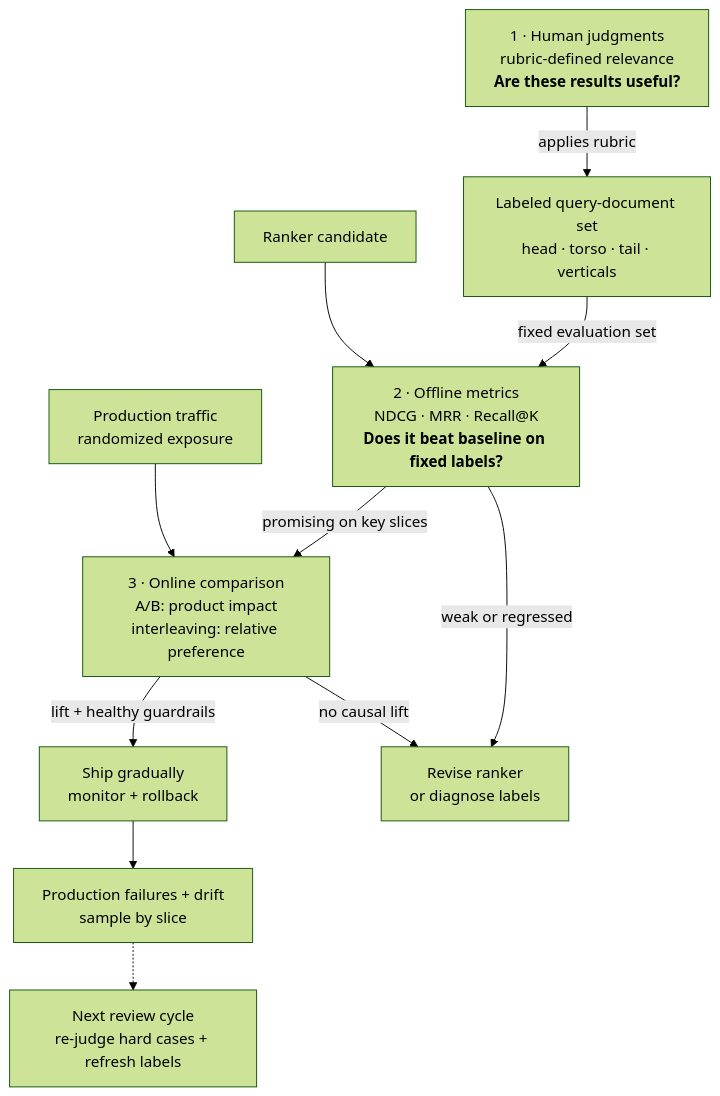
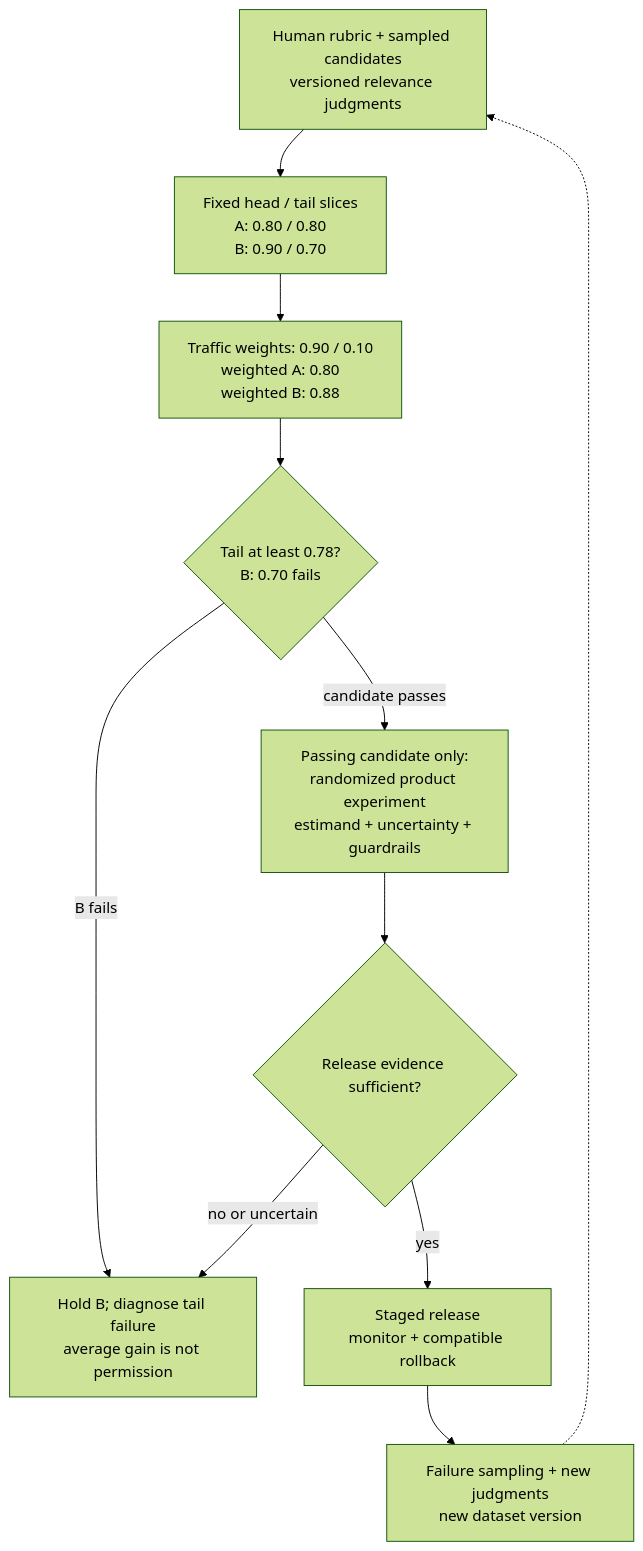
The diagram in src/content/posts/2025-04-09-evaluate-search-ranker.md (mlmentorship/mlmentorship.github.io), drawn with Mermaid (forest theme) before and after one commit. The commit also changed other lines of this file and 258 other files, not shown here.

````diff
--- a/src/content/posts/2025-04-09-evaluate-search-ranker.md
+++ b/src/content/posts/2025-04-09-evaluate-search-ranker.md
@@ -38,34 +45,24 @@
 ```mermaid
 flowchart TB
-	accTitle: Three evidence layers form a search-ranker evaluation flywheel
-	accDescr: Human reviewers apply a relevance rubric to sampled query-document pairs, creating a labeled test set. Offline metrics use that set to screen ranker candidates quickly and by slice. Promising candidates enter a randomized online A/B test or interleaving comparison with production traffic. Only candidates with an online lift and healthy guardrails ship gradually; other candidates return for revision. Production failures and drift are sampled by slice for the next human review cycle and labeled-set refresh. Raw clicks never bypass randomized exposure to become relevance labels.
-	Ranker["Ranker candidate"]
-	Human["1 · Human judgments<br/>rubric-defined relevance<br/><b>Are these results useful?</b>"]
-	Labels["Labeled query-document set<br/>head · torso · tail · verticals"]
-	Offline["2 · Offline metrics<br/>NDCG · MRR · Recall@K<br/><b>Does it beat baseline on fixed labels?</b>"]
-	Traffic["Production traffic<br/>randomized exposure"]
-	Online["3 · Online comparison<br/>A/B: product impact<br/>interleaving: relative preference"]
-	Ship["Ship gradually<br/>monitor + rollback"]
-	Revise["Revise ranker<br/>or diagnose labels"]
-	Failures["Production failures + drift<br/>sample by slice"]
-	NextReview["Next review cycle<br/>re-judge hard cases + refresh labels"]
-
-	Human -->|applies rubric| Labels
-	Labels -->|fixed evaluation set| Offline
-	Ranker --> Offline
-	Offline -->|promising on key slices| Online
-	Offline -->|weak or regressed| Revise
-	Traffic --> Online
-	Online -->|no causal lift| Revise
-	Online -->|lift + healthy guardrails| Ship
-	Ship --> Failures
-	Failures -.-> NextReview
-
-	class Ranker,Traffic viz-input
-	class Human,Labels,Failures,NextReview viz-state
-	class Offline,Online viz-focus
-	class Ship viz-output
-	class Revise viz-warning
-	class Human viz-tall
-	class Ranker viz-wide
+  accTitle: A weighted NDCG improvement does not override the tail guardrail
+  accDescr: Human judgments define a versioned relevance dataset. Fixed head and tail slices give A scores 0.80 and 0.80, and B scores 0.90 and 0.70. With 90 percent head traffic, traffic-weighted NDCG is 0.80 for A and 0.88 for B. B nevertheless fails the required tail score of at least 0.78 and returns for diagnosis. Candidates that pass declared screening can enter an appropriately randomized product experiment. Its estimand, uncertainty and guardrails determine a staged release decision. Production failures inform a separately versioned judging refresh rather than silently changing a running comparison.
+  Human["Human rubric + sampled candidates<br/>versioned relevance judgments"]
+  Slices["Fixed head / tail slices<br/>A: 0.80 / 0.80<br/>B: 0.90 / 0.70"]
+  Weights["Traffic weights: 0.90 / 0.10<br/>weighted A: 0.80<br/>weighted B: 0.88"]
+  Gate{"Tail at least 0.78?<br/>B: 0.70 fails"}
+  Hold["Hold B; diagnose tail failure<br/>average gain is not permission"]
+  Online["Passing candidate only:<br/>randomized product experiment<br/>estimand + uncertainty + guardrails"]
+  Release{"Release evidence sufficient?"}
+  Ship["Staged release<br/>monitor + compatible rollback"]
+  Refresh["Failure sampling + new judgments<br/>new dataset version"]
+  Human --> Slices --> Weights --> Gate
+  Gate -->|"B fails"| Hold
+  Gate -->|"candidate passes"| Online --> Release
+  Release -->|"yes"| Ship --> Refresh
+  Release -->|"no or uncertain"| Hold
+  Refresh -.-> Human
+  class Human,Slices,Refresh viz-state
+  class Weights,Gate,Online,Release viz-focus
+  class Hold viz-warning
+  class Ship viz-output
 ```
````
